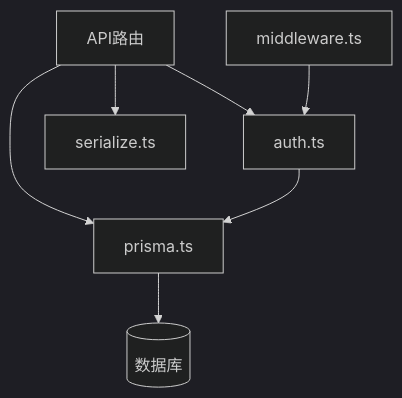
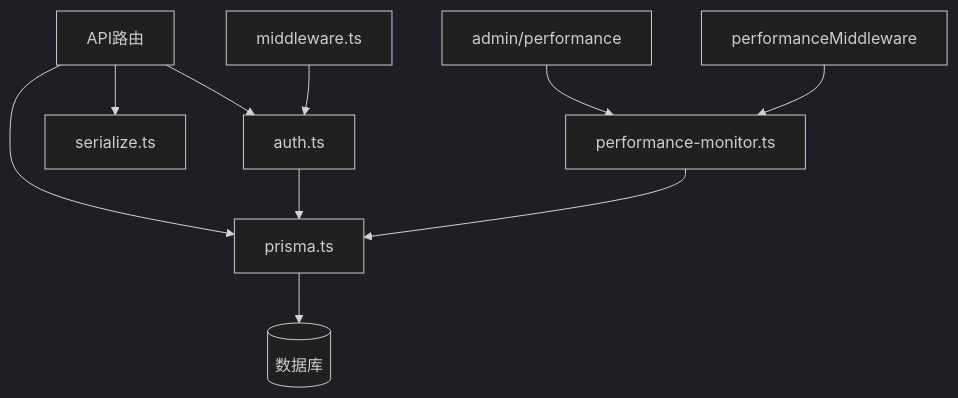
The ninth of 9 diagrams in .qoder/repowiki/zh/content/后端架构/后端架构.md (Eyre921/yunqi), drawn with Mermaid (dark theme) before and after one commit. The commit also changed other lines of this file and 11 other files, not shown here.

````diff
--- a/.qoder/repowiki/zh/content/后端架构/后端架构.md
+++ b/.qoder/repowiki/zh/content/后端架构/后端架构.md
@@ -196,9 +329,12 @@
 ```mermaid
 graph TD
 A[API路由] --> B[auth.ts]
 A --> C[prisma.ts]
 A --> D[serialize.ts]
 E[middleware.ts] --> B
 B --> C
 C --> F[(数据库)]
+G[admin/performance] --> H[performance-monitor.ts]
+H --> C
+I[performanceMiddleware] --> H
 ```
````
